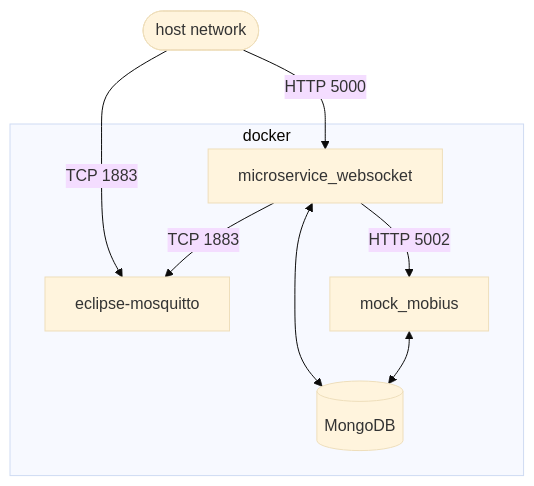
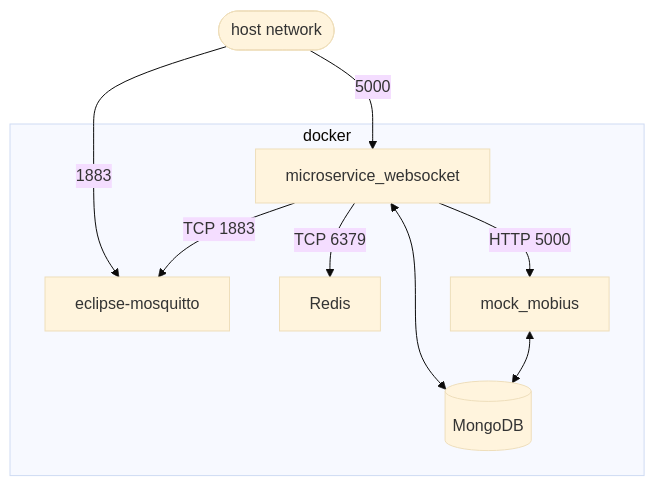
One commit to monemasrl/irma changed the second of 4 diagrams in README.md. Above: the diagram before and after it, drawn with Mermaid (base theme). The commit also changed other lines of this file, not shown here.

````diff
--- a/README.md
+++ b/README.md
@@ -44,19 +52,21 @@
 ```mermaid
 flowchart TD;
 
 subgraph docker
     mqtt[eclipse-mosquitto]
     mobius[mock_mobius]
     mongo[(MongoDB)]
     msw[microservice_websocket]
+    redis[Redis]
 
     msw -- TCP 1883 --> mqtt
+    msw -- TCP 6379 --> redis
     mobius <--> mongo
     msw <--> mongo
-    msw -- HTTP 5002 --> mobius
+    msw -- HTTP 5000 --> mobius
 end
 out([host network])
-out -- TCP 1883 --> mqtt
-out -- HTTP 5000 --> msw
+out -- 1883 --> mqtt
+out -- 5000 --> msw
 
 ```
````
